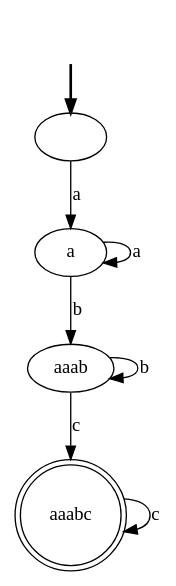
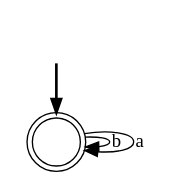
Before and after one commit to kimzheng7/RPNI: the diagram in dfa.dot, drawn with Graphviz. The commit also changed 3 other files, not shown here.

```diff
--- a/dfa.dot
+++ b/dfa.dot
@@ -1,14 +1,7 @@
 digraph {
 	fake [style=invisible]
-	"" [root=true]
-	a
-	aaab
-	aaabc [shape=doublecircle]
+	"" [root=true shape=doublecircle]
 	fake -> "" [style=bold]
-	"" -> a [label=a]
-	a -> a [label=a]
-	a -> aaab [label=b]
-	aaab -> aaabc [label=c]
-	aaabc -> aaabc [label=c]
-	aaab -> aaab [label=b]
+	"" -> "" [label=b]
+	"" -> "" [label=a]
 }
```
